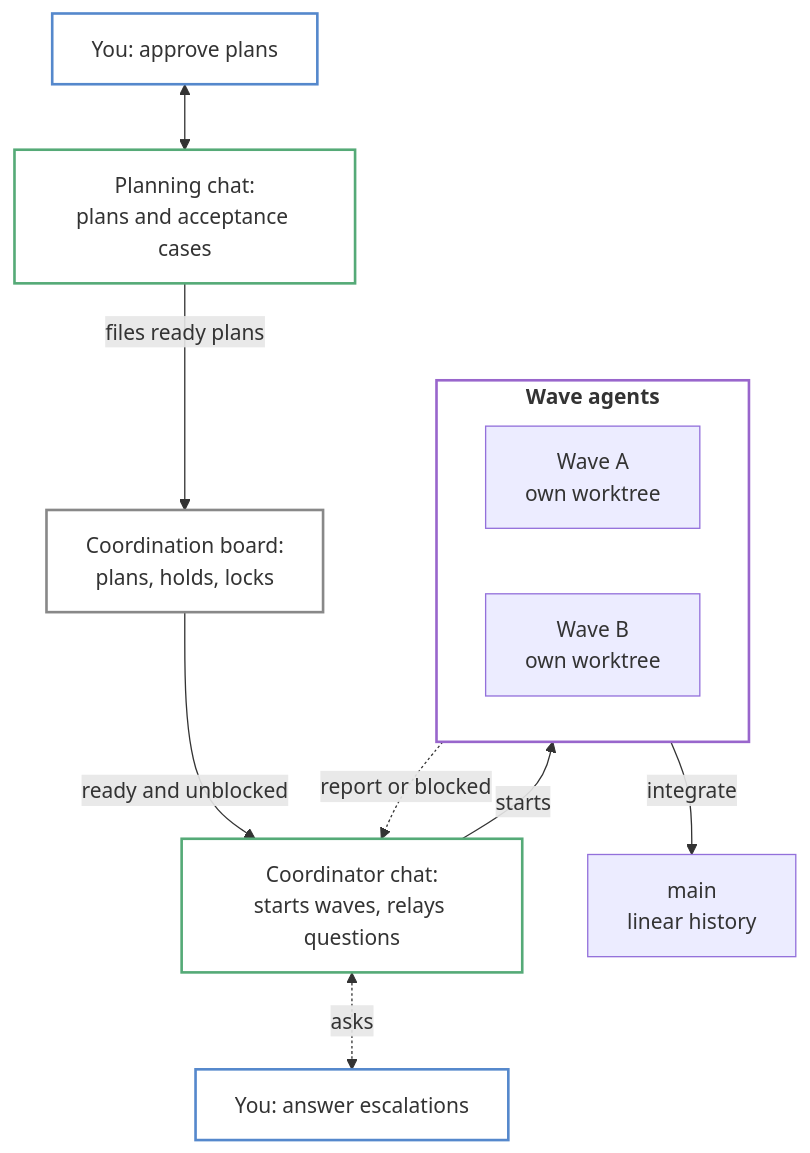
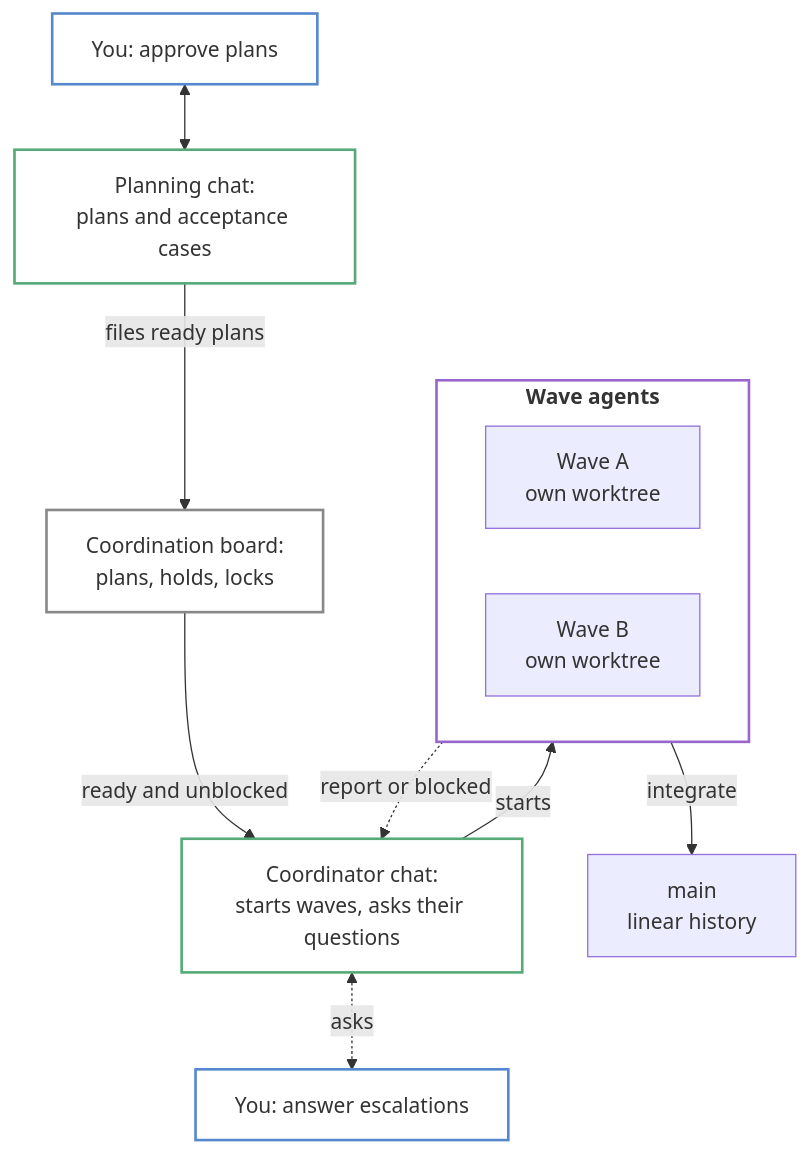
The first of 3 diagrams in docs/05-parallel-waves.md (Peter-Ewald/agents), drawn with Mermaid before and after one commit. The commit also changed other lines of this file and 11 other files, not shown here.

````diff
--- a/docs/05-parallel-waves.md
+++ b/docs/05-parallel-waves.md
@@ -33,28 +33,28 @@
 ```mermaid
 graph TD
   U1["You: approve plans"]
   PL["Planning chat:<br/>plans and acceptance cases"]
   B["Coordination board:<br/>plans, holds, locks"]
-  K["Coordinator chat:<br/>starts waves, relays questions"]
+  K["Coordinator chat:<br/>starts waves, asks their questions"]
   U2["You: answer escalations"]
   subgraph Waves["`**Wave agents**`"]
     direction LR
     WA["Wave A<br/>own worktree"]
     WB["Wave B<br/>own worktree"]
   end
   M["main<br/>linear history"]
   U1 <--> PL
   PL -->|"files ready plans"| B
   B -->|"ready and unblocked"| K
   K -->|"starts"| Waves
   Waves -.->|"report or blocked"| K
   K <-.->|"asks"| U2
   Waves -->|"integrate"| M
 
   style U1 fill:none,stroke:#5588cc,stroke-width:2px
   style U2 fill:none,stroke:#5588cc,stroke-width:2px
   style PL fill:none,stroke:#55aa77,stroke-width:2px
   style K fill:none,stroke:#55aa77,stroke-width:2px
   style B fill:none,stroke:#888888,stroke-width:2px
   style Waves fill:none,stroke:#9966cc,stroke-width:2px
 ```
````
